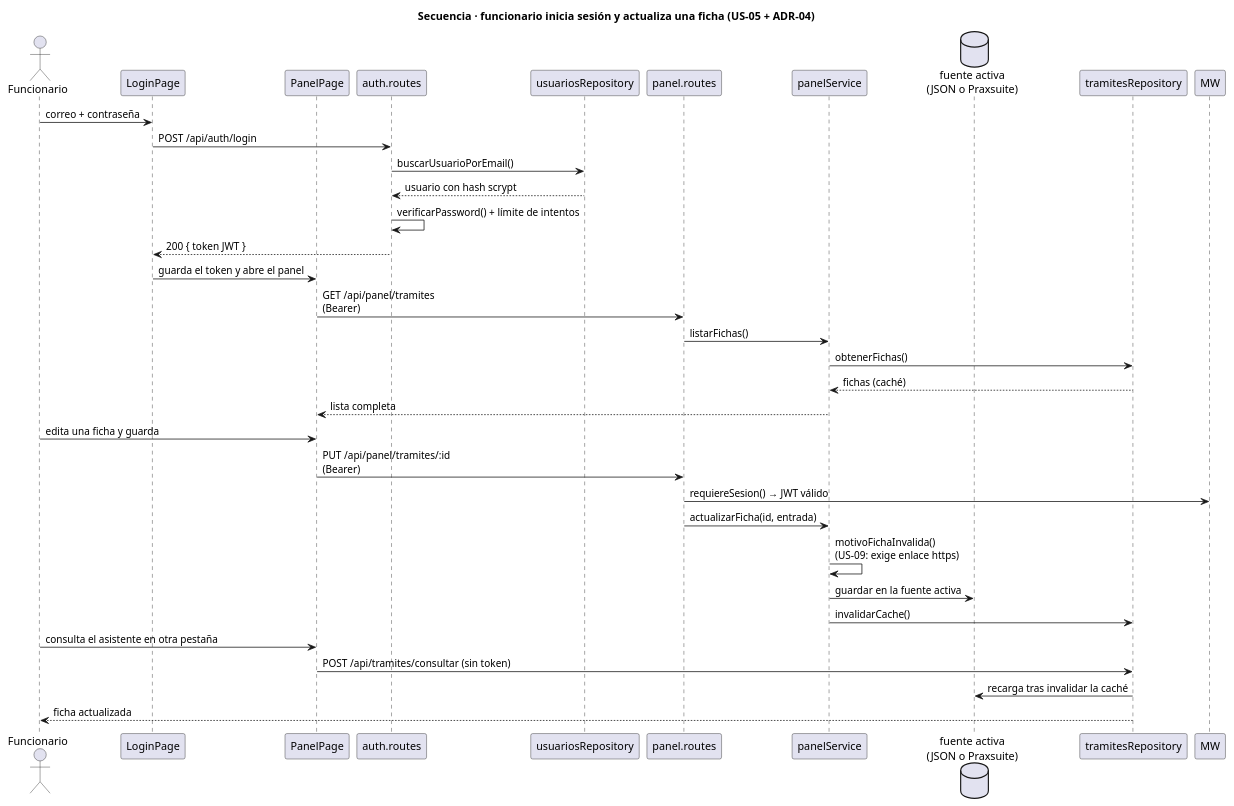
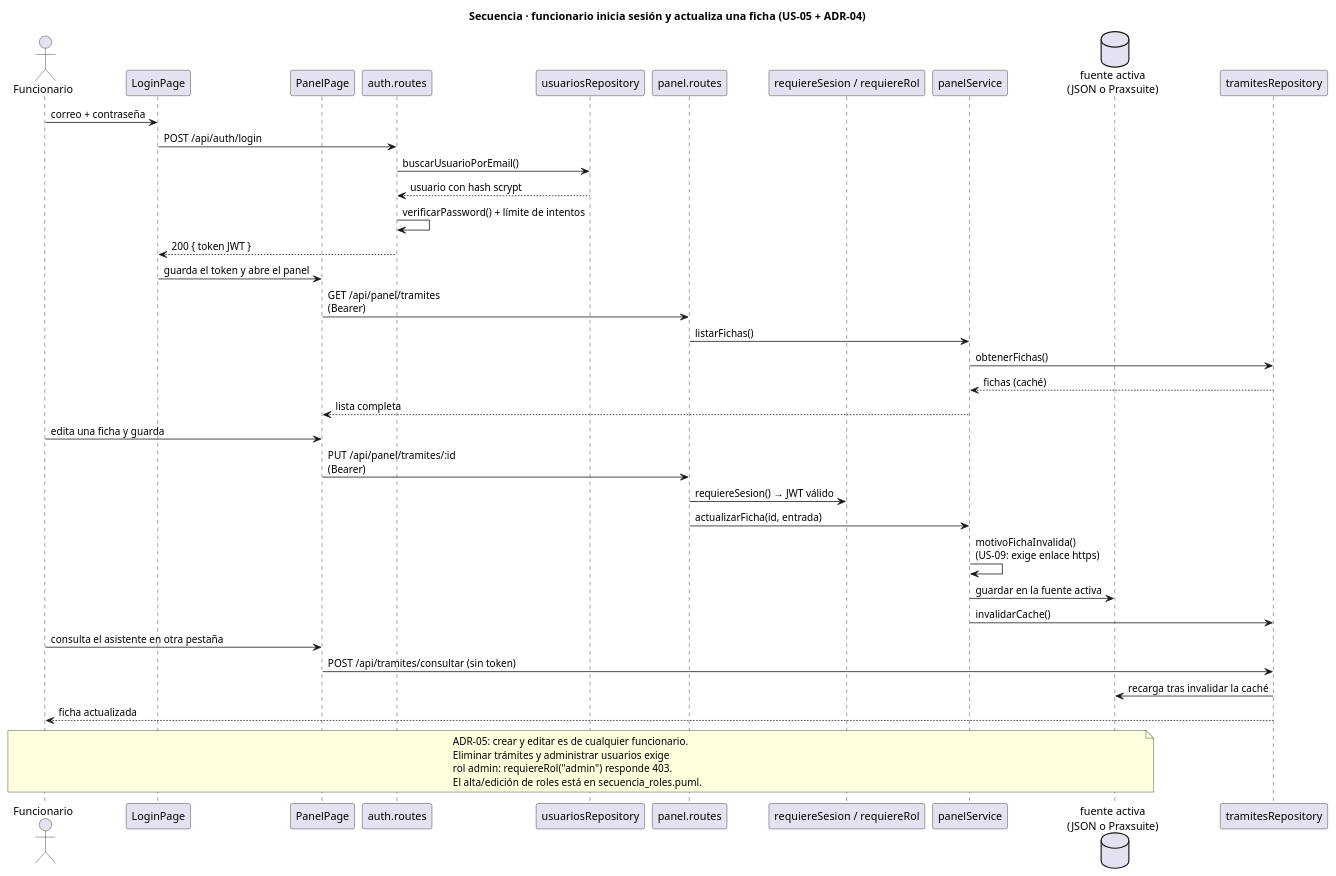
One commit to FeliKar/Proyecto-Ingenieria-de-Software changed the diagram in docs/uml/secuencia_panel.puml. Above: the diagram before and after it, drawn with PlantUML. The commit also changed 5 other files, not shown here.

```diff
--- a/docs/uml/secuencia_panel.puml
+++ b/docs/uml/secuencia_panel.puml
@@ -1,42 +1,50 @@
 @startuml
 title Secuencia · funcionario inicia sesión y actualiza una ficha (US-05 + ADR-04)
 skinparam shadowing false
 skinparam defaultFontName Arial
 
 actor Funcionario
 participant "LoginPage" as LP
 participant "PanelPage" as PP
 participant "auth.routes" as AR
 participant "usuariosRepository" as UR
 participant "panel.routes" as PR
+participant "requiereSesion / requiereRol" as MW
 participant "panelService" as PS
 database "fuente activa\n(JSON o Praxsuite)" as DB
 participant "tramitesRepository" as TR
 
 Funcionario -> LP : correo + contraseña
 LP -> AR : POST /api/auth/login
 AR -> UR : buscarUsuarioPorEmail()
 UR --> AR : usuario con hash scrypt
 AR -> AR : verificarPassword() + límite de intentos
 AR --> LP : 200 { token JWT }
 LP -> PP : guarda el token y abre el panel
 
 PP -> PR : GET /api/panel/tramites\n(Bearer)
 PR -> PS : listarFichas()
 PS -> TR : obtenerFichas()
 TR --> PS : fichas (caché)
 PS --> PP : lista completa
 
 Funcionario -> PP : edita una ficha y guarda
 PP -> PR : PUT /api/panel/tramites/:id\n(Bearer)
 PR -> MW : requiereSesion() → JWT válido
 PR -> PS : actualizarFicha(id, entrada)
 PS -> PS : motivoFichaInvalida()\n(US-09: exige enlace https)
 PS -> DB : guardar en la fuente activa
 PS -> TR : invalidarCache()
 
 Funcionario -> PP : consulta el asistente en otra pestaña
 PP -> TR : POST /api/tramites/consultar (sin token)
 TR -> DB : recarga tras invalidar la caché
 TR --> Funcionario : ficha actualizada
+
+note over Funcionario, DB
+  ADR-05: crear y editar es de cualquier funcionario.
+  Eliminar trámites y administrar usuarios exige
+  rol admin: requiereRol("admin") responde 403.
+  El alta/edición de roles está en secuencia_roles.puml.
+end note
 @enduml
```
